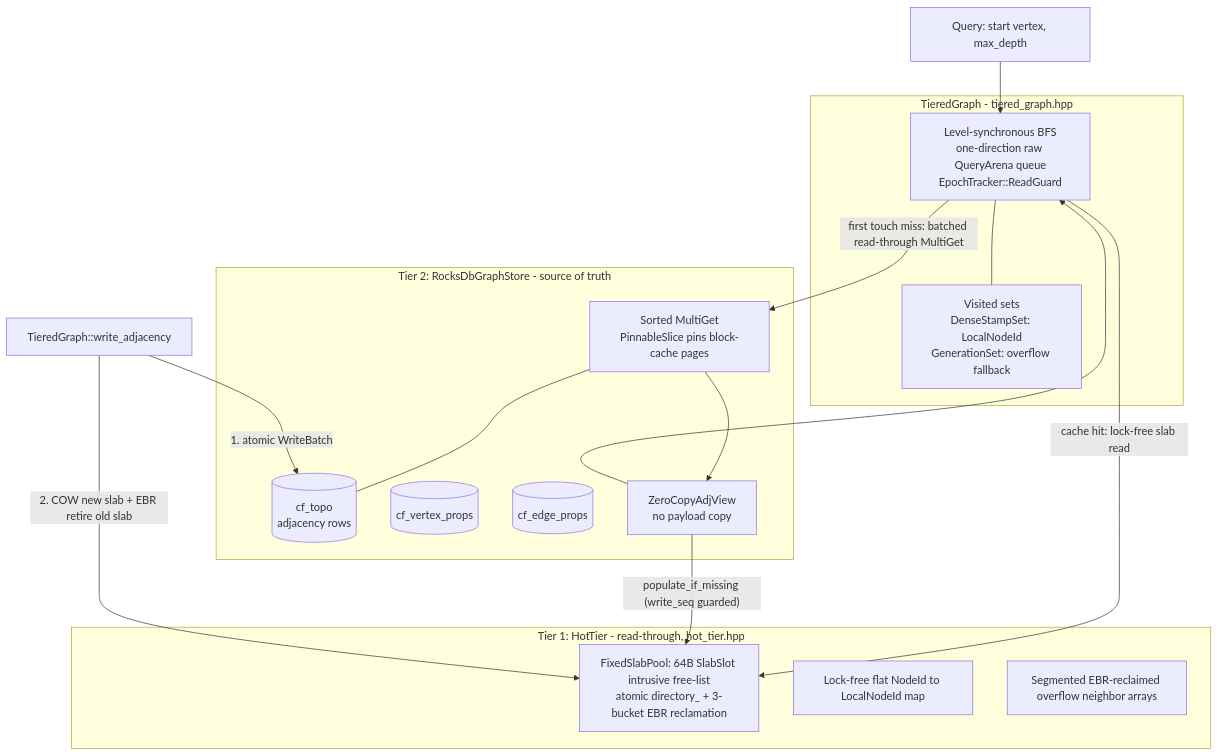
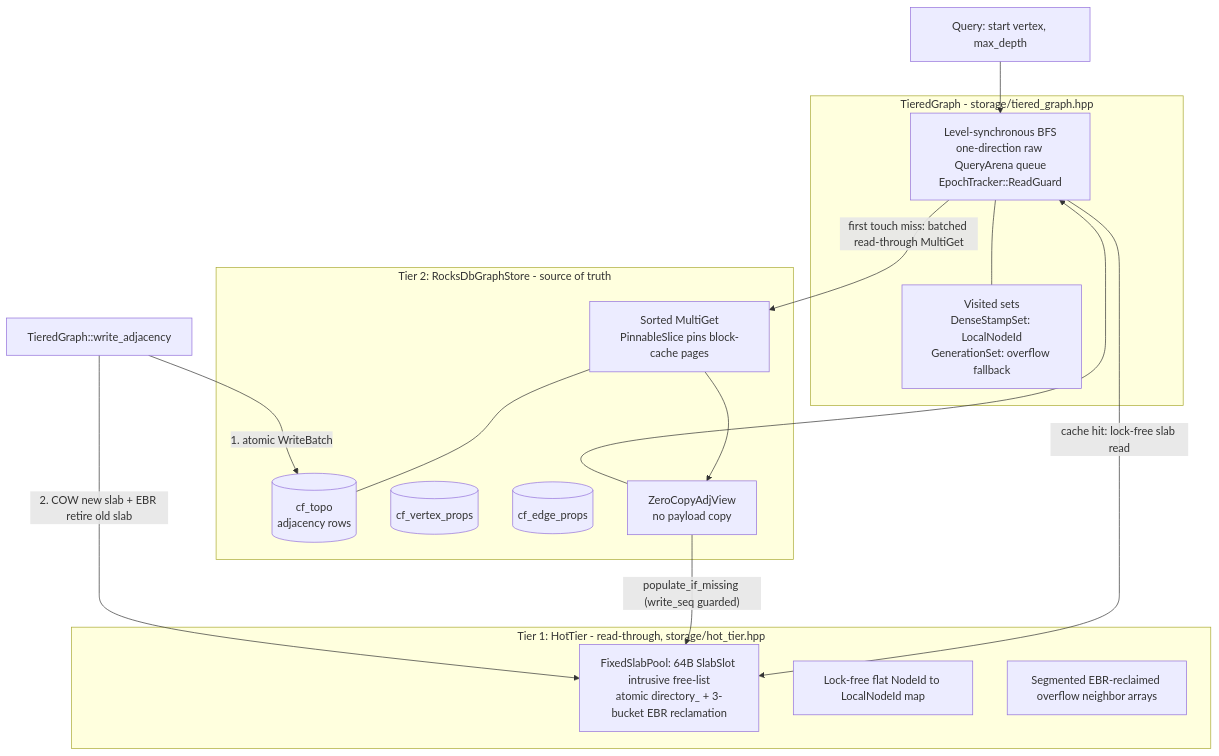
Before and after one commit to luxianlong/low_latency_graphDB: the diagram in README.md, drawn with Mermaid. The commit also changed other lines of this file and 16 other files, not shown here.

````diff
--- a/README.md
+++ b/README.md
@@ -11,34 +11,34 @@
 ```mermaid
 flowchart TB
     Q[Query: start vertex, max_depth] --> BFS
 
-    subgraph TG[TieredGraph - tiered_graph.hpp]
+    subgraph TG[TieredGraph - storage/tiered_graph.hpp]
         BFS[Level-synchronous BFS<br/>one-direction raw QueryArena queue<br/>EpochTracker::ReadGuard]
         VIS[Visited sets<br/>DenseStampSet: LocalNodeId<br/>GenerationSet: overflow fallback]
         BFS --- VIS
     end
 
-    subgraph T1[Tier 1: HotTier - read-through, hot_tier.hpp]
+    subgraph T1[Tier 1: HotTier - read-through, storage/hot_tier.hpp]
         SL[FixedSlabPool: 64B SlabSlot intrusive free-list<br/>atomic directory_ + 3-bucket EBR reclamation]
         MAP[Lock-free flat NodeId to LocalNodeId map]
         OVF[Segmented EBR-reclaimed overflow neighbor arrays]
     end
 
     subgraph T2[Tier 2: RocksDbGraphStore - source of truth]
         TOPO[(cf_topo<br/>adjacency rows)]
         VP[(cf_vertex_props)]
         EP[(cf_edge_props)]
         PIN[Sorted MultiGet<br/>PinnableSlice pins block-cache pages]
         ZC[ZeroCopyAdjView<br/>no payload copy]
         PIN --- TOPO
         PIN --> ZC
     end
 
     BFS -- "cache hit: lock-free slab read" --> SL
     BFS -- "first touch miss: batched read-through MultiGet" --> PIN
     ZC -- "populate_if_missing (write_seq guarded)" --> SL
     ZC --> BFS
 
     W[TieredGraph::write_adjacency] -- "1. atomic WriteBatch" --> TOPO
     W -- "2. COW new slab + EBR retire old slab" --> SL
 ```
````
